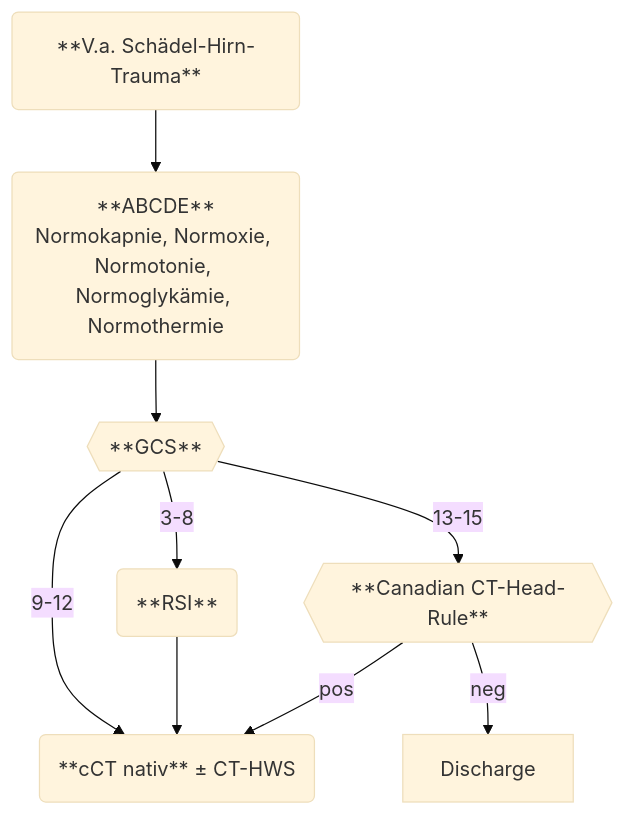
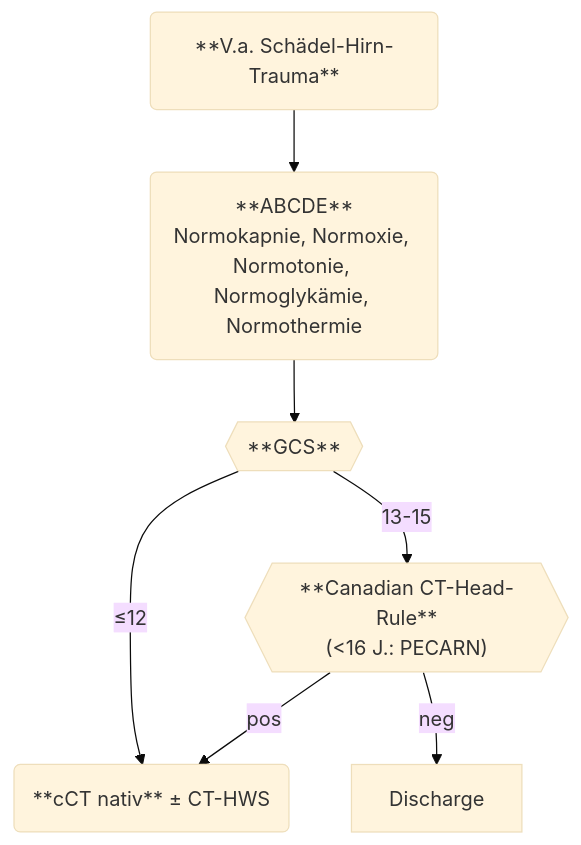
One commit to vncntwbr/notfallbausteine changed the diagram in content/SHT.md. Above: the diagram before and after it, drawn with Mermaid (base theme).

Commit message:
Quartz sync: Mar 28, 2026, 9:14 PM

````diff
--- a/content/SHT.md
+++ b/content/SHT.md
@@ -18,11 +18,11 @@
 ```mermaid
 flowchart TD
-    A(**V.a. Schädel-Hirn-Trauma**):::mStart --> ABCDE
+    A("**V.a. Schädel-Hirn-Trauma**"):::mStart --> ABCDE
     ABCDE(**ABCDE**<br>Normokapnie, Normoxie, Normotonie, Normoglykämie, Normothermie) --> GCS{{**GCS**}}:::mCritical
-    GCS -->|13-15| C{{**Canadian CT-Head-Rule**}}
-    GCS -->|9-12| CT(**cCT nativ** ± CT-HWS)
-    GCS -->|3-8| AW(**RSI**)
-    AW --> CT
+    GCS -->|13-15| C{{"**Canadian CT-Head-Rule**<br>(<16 J.: PECARN)"}}
+    GCS -->|≤12| CT(**cCT nativ** ± CT-HWS)
     C -->|pos| CT
     C -->|neg| Discharge
+    
+    click C "https://www.mdcalc.com/calc/608/canadian-ct-head-injury-trauma-rule" _blank
 ```
````
